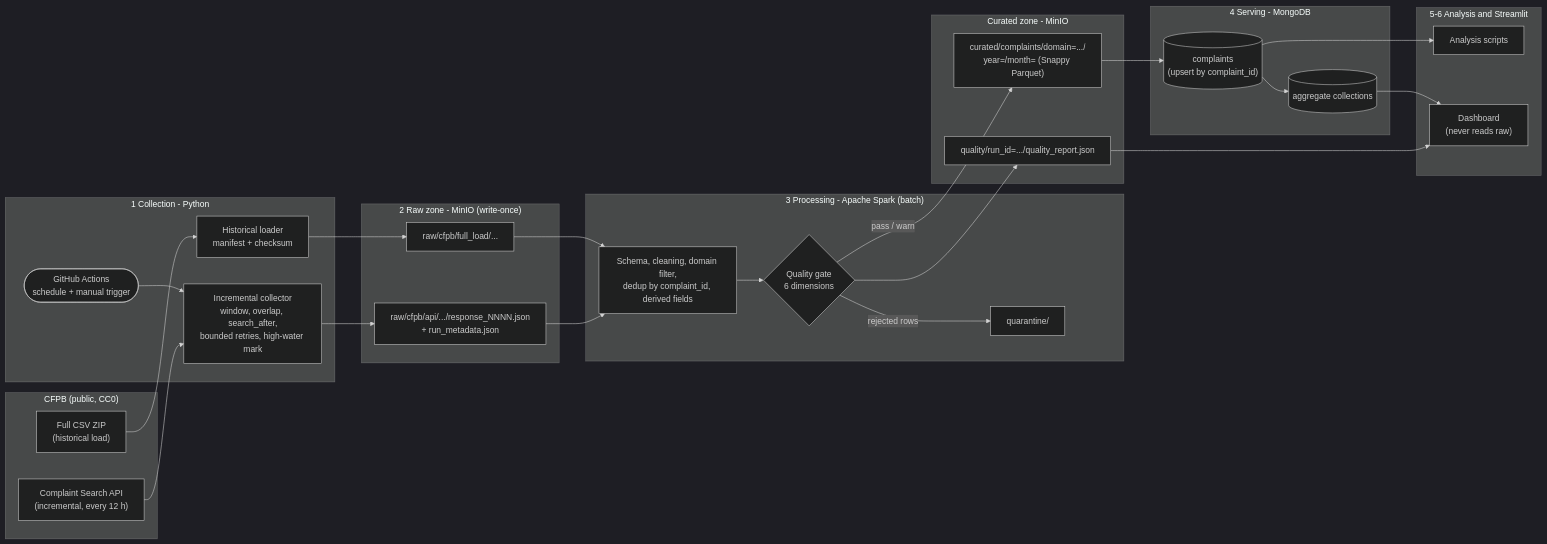
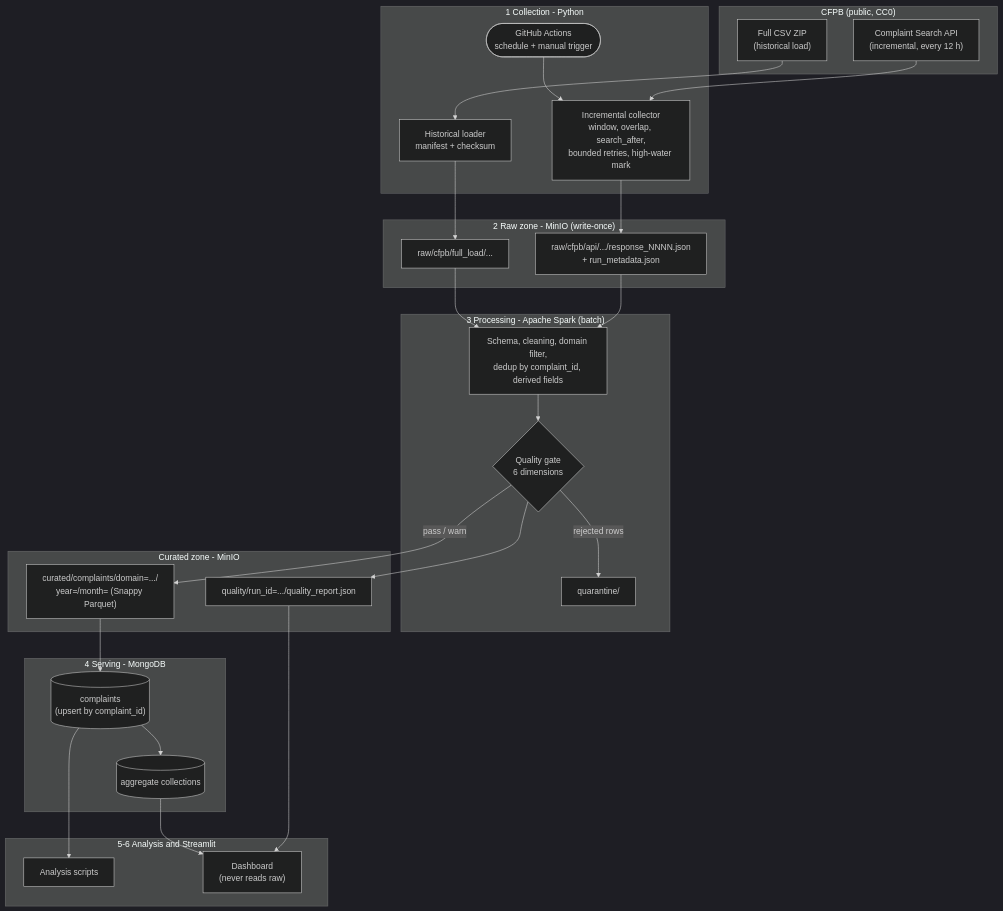
The diagram in docs/architecture.md (usj-cfpb-platform/cfpb-complaints-platform), drawn with Mermaid (dark theme) before and after one commit.

Commit message:
docs: switch architecture diagram to top-down layout for readability

````diff
--- a/docs/architecture.md
+++ b/docs/architecture.md
@@ -7,53 +7,53 @@
 ```mermaid
-flowchart LR
+flowchart TB
     subgraph Sources["CFPB (public, CC0)"]
         CSV["Full CSV ZIP<br/>(historical load)"]
         API["Complaint Search API<br/>(incremental, every 12 h)"]
     end
 
     subgraph Collection["1 Collection - Python"]
         HL["Historical loader<br/>manifest + checksum"]
         IC["Incremental collector<br/>window, overlap, search_after,<br/>bounded retries, high-water mark"]
         GHA(["GitHub Actions<br/>schedule + manual trigger"])
     end
 
     subgraph Raw["2 Raw zone - MinIO (write-once)"]
         RF["raw/cfpb/full_load/..."]
         RA["raw/cfpb/api/.../response_NNNN.json<br/>+ run_metadata.json"]
     end
 
     subgraph Processing["3 Processing - Apache Spark (batch)"]
         SJ["Schema, cleaning, domain filter,<br/>dedup by complaint_id, derived fields"]
         QG{"Quality gate<br/>6 dimensions"}
         Q["quarantine/"]
     end
 
     subgraph Curated["Curated zone - MinIO"]
         CP["curated/complaints/domain=.../<br/>year=/month= (Snappy Parquet)"]
         QR["quality/run_id=.../quality_report.json"]
     end
 
     subgraph Serving["4 Serving - MongoDB"]
         MC[("complaints<br/>(upsert by complaint_id)")]
         MA[("aggregate collections")]
     end
 
     subgraph Use["5-6 Analysis and Streamlit"]
         AN["Analysis scripts"]
         DB["Dashboard<br/>(never reads raw)"]
     end
 
     CSV --> HL --> RF
     GHA --> IC
     API --> IC --> RA
     RF --> SJ
     RA --> SJ
     SJ --> QG
     QG -->|pass / warn| CP
     QG -->|rejected rows| Q
     QG --> QR
     CP --> MC --> MA
     MC --> AN
     MA --> DB
     QR --> DB
 ```
````
